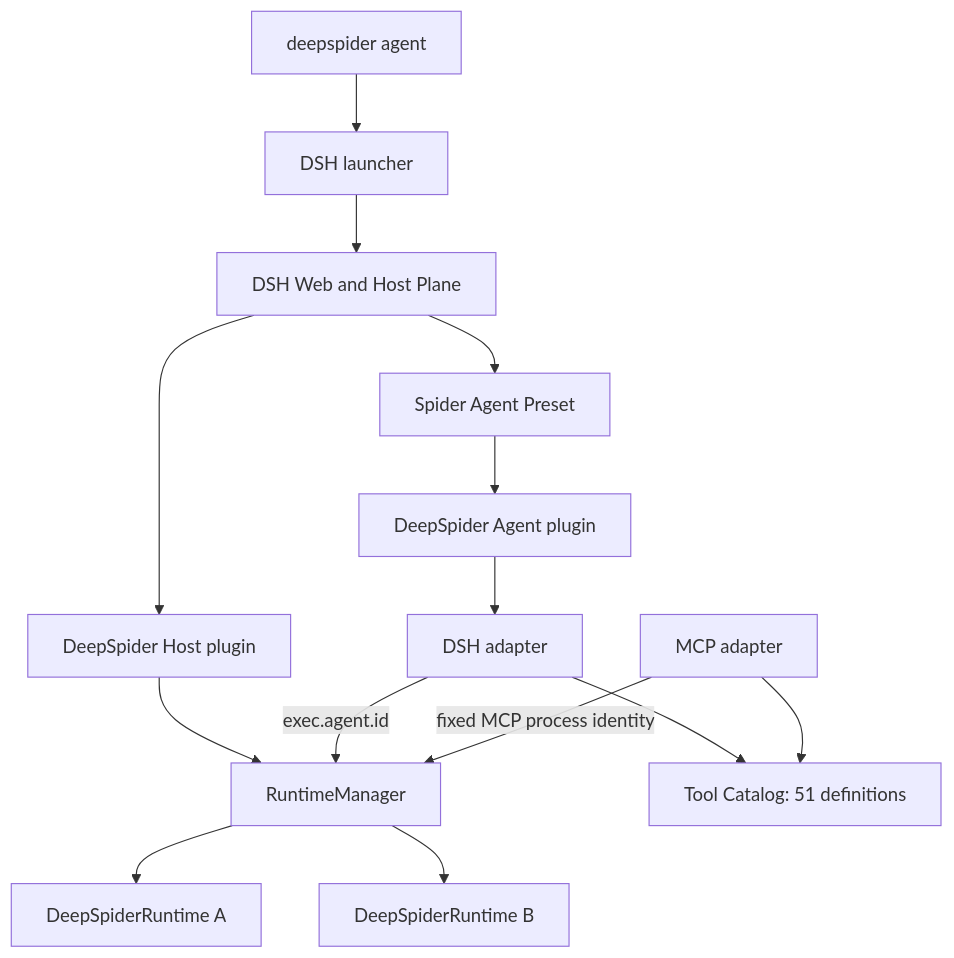
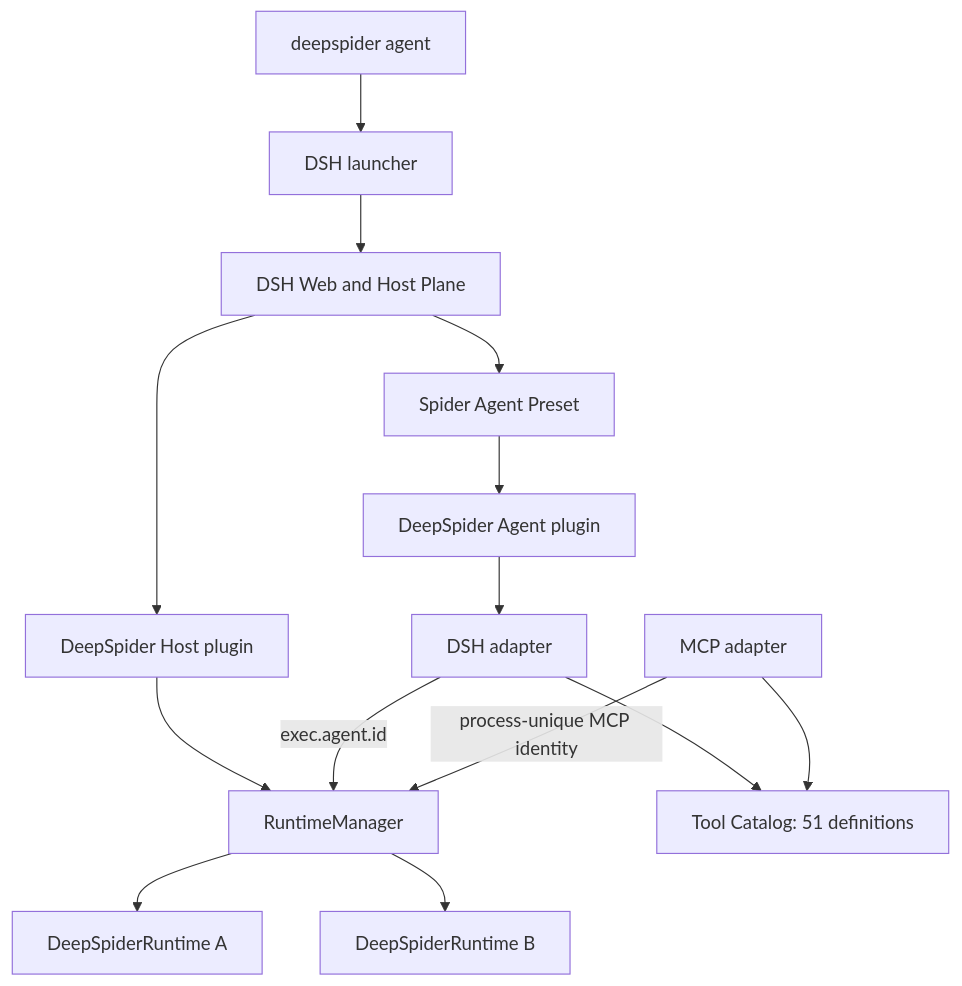
One commit to ma-pony/JSForge changed the diagram in docs/superpowers/specs/2026-08-14-dsh-native-integration-design.md. Above: the diagram before and after it, drawn with Mermaid. The commit also changed other lines of this file, not shown here.

````diff
--- a/docs/superpowers/specs/2026-08-14-dsh-native-integration-design.md
+++ b/docs/superpowers/specs/2026-08-14-dsh-native-integration-design.md
@@ -42,29 +42,29 @@
 ```mermaid
 flowchart TD
     CLI["deepspider agent"]
     Launcher["DSH launcher"]
     Host["DSH Web and Host Plane"]
     Preset["Spider Agent Preset"]
     HostPlugin["DeepSpider Host plugin"]
     AgentPlugin["DeepSpider Agent plugin"]
     Manager["RuntimeManager"]
     RuntimeA["DeepSpiderRuntime A"]
     RuntimeB["DeepSpiderRuntime B"]
     Catalog["Tool Catalog: 51 definitions"]
     DSHAdapter["DSH adapter"]
     MCPAdapter["MCP adapter"]
 
     CLI --> Launcher
     Launcher --> Host
     Host --> HostPlugin
     Host --> Preset
     Preset --> AgentPlugin
     HostPlugin --> Manager
     AgentPlugin --> DSHAdapter
     DSHAdapter --> Catalog
     MCPAdapter --> Catalog
     DSHAdapter -->|"exec.agent.id"| Manager
-    MCPAdapter -->|"fixed MCP process identity"| Manager
+    MCPAdapter -->|"process-unique MCP identity"| Manager
     Manager --> RuntimeA
     Manager --> RuntimeB
 ```
````
